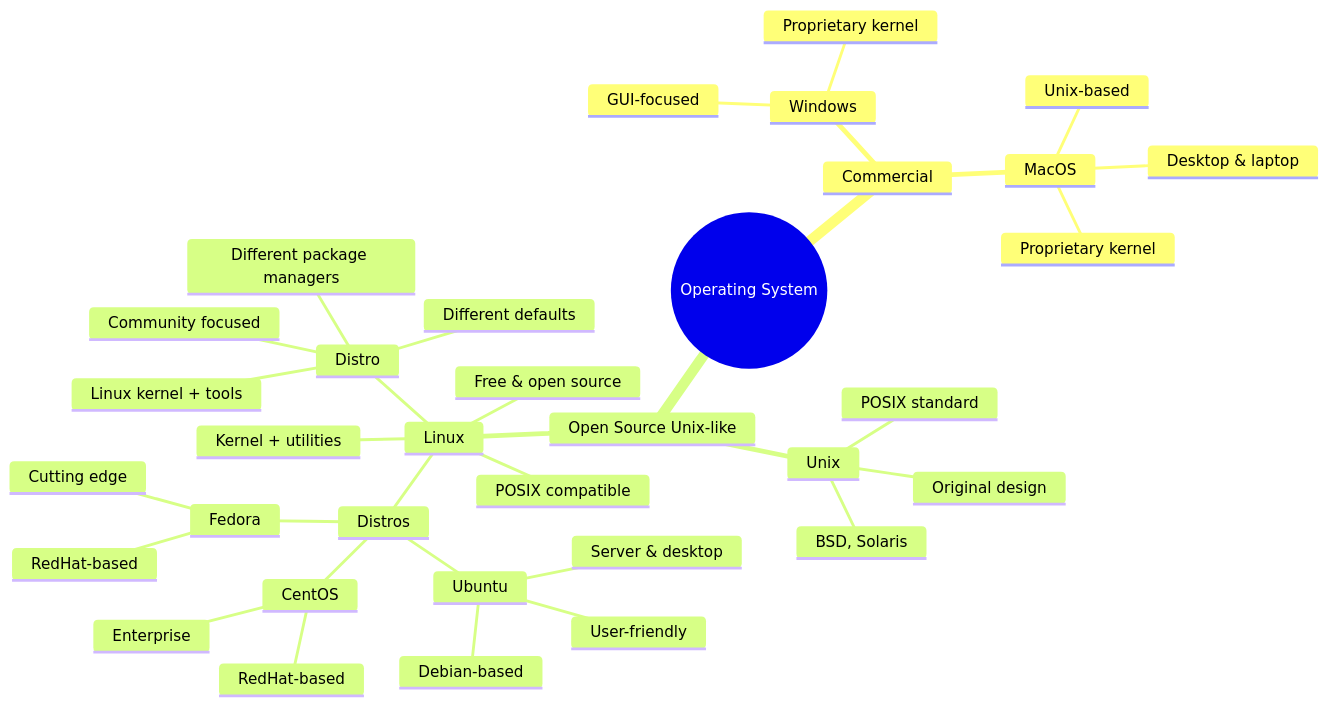
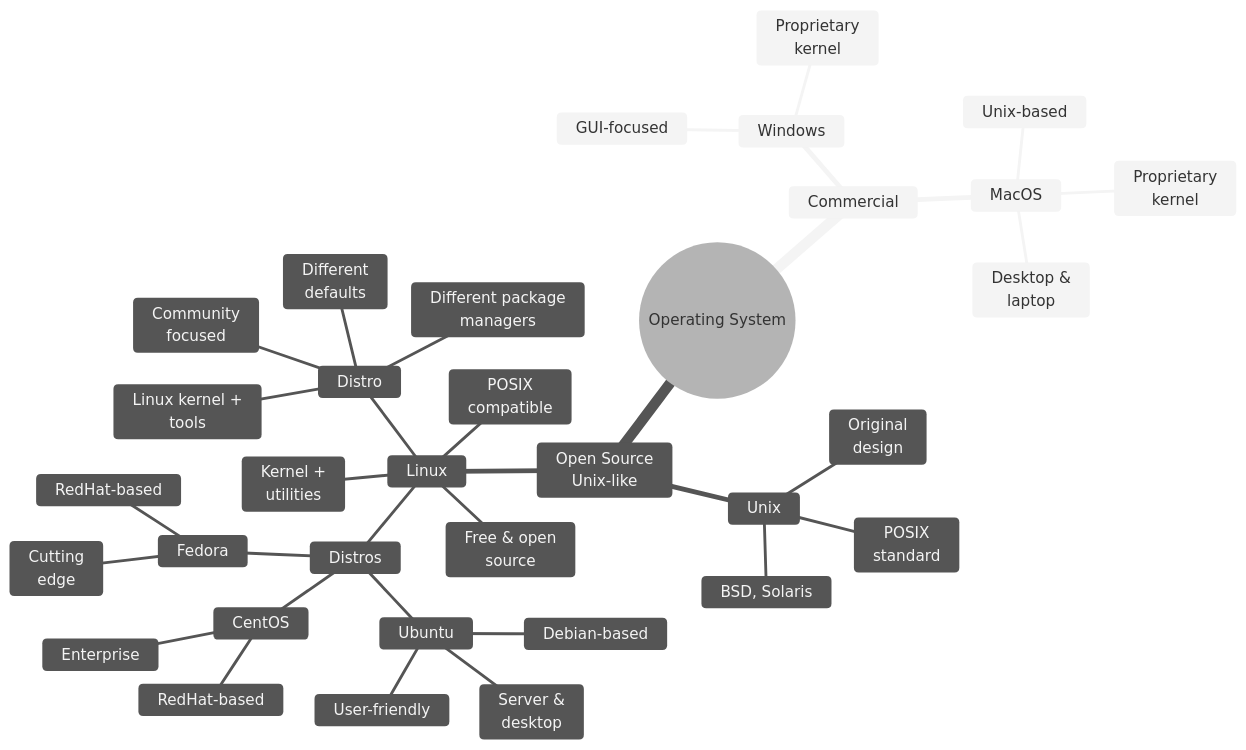
One commit to mjfrigaard/do4ds-labs changed the fourth of 4 diagrams in lab09.qmd. Above: the diagram before and after it, drawn with Mermaid. The commit also changed other lines of this file and 21 other files, not shown here.

````diff
--- a/lab09.qmd
+++ b/lab09.qmd
@@ -164,42 +160,42 @@
 ```{mermaid}
 %%| fig-cap: 'Operating System Family Tree'
 %%| fig-width: 8.0
 %%| fig-align: 'center'
-%%{init: {'theme': 'base', 'themeVariables': {'fontFamily': 'monospace'}}}}%%
+%%{init: {'theme': 'neutral', 'themeVariables': {'fontFamily': 'monospace'}}}%%
 
 mindmap
   root((Operating System))
     Commercial
       Windows
         GUI-focused
-        Proprietary kernel
+        Proprietary<br>kernel
       MacOS
         Unix-based
-        Proprietary kernel
-        Desktop & laptop
-    Open Source Unix-like
+        Proprietary<br>kernel
+        Desktop &<br>laptop
+    Open Source<br>Unix-like
       Unix
-        Original design
-        POSIX standard
+        Original<br>design
+        POSIX<br>standard
         BSD, Solaris
       Linux
-        Free & open source
-        POSIX compatible
-        Kernel + utilities
+        Free & open<br>source
+        POSIX<br>compatible
+        Kernel +<br>utilities
         Distros
           Ubuntu
             Debian-based
             User-friendly
-            Server & desktop
+            Server &<br>desktop
           CentOS
             RedHat-based
             Enterprise
           Fedora
-            Cutting edge
+            Cutting<br>edge
             RedHat-based
         Distro
-          Linux kernel + tools
-          Different package managers
-          Different defaults
-          Community focused
+          Linux kernel +<br>tools
+          Different package<br>managers
+          Different<br>defaults
+          Community<br>focused
 ```
````
